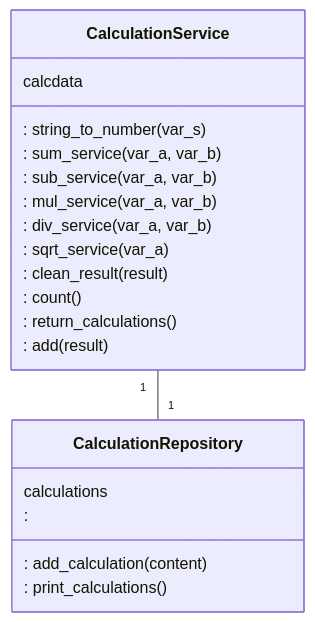
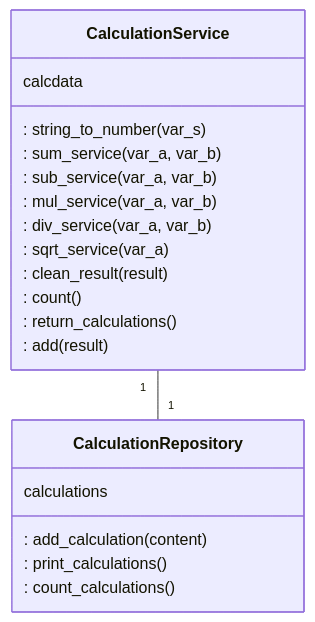
One commit to n0spoon/ot-harjoitustyo changed the diagram in dokumentaatio/arkkitehtuuri.md. Above: the diagram before and after it, drawn with Mermaid.

````diff
--- a/dokumentaatio/arkkitehtuuri.md
+++ b/dokumentaatio/arkkitehtuuri.md
@@ -13,23 +13,23 @@
 ```mermaid
  classDiagram
      CalculationService "1" -- "1" CalculationRepository
      class CalculationService{
          calcdata
      : string_to_number(var_s)
      : sum_service(var_a, var_b)
      : sub_service(var_a, var_b)
      : mul_service(var_a, var_b)
      : div_service(var_a, var_b)
      : sqrt_service(var_a)
      : clean_result(result)
      : count()
      : return_calculations()
      : add(result)
      }
      class CalculationRepository{
          calculations
      : add_calculation(content)
      : print_calculations()
-     : 
+     : count_calculations()
      }
 ```
````
